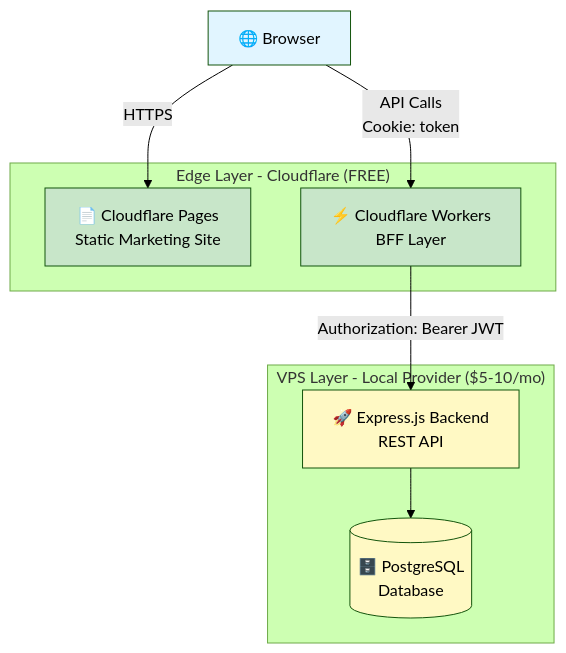
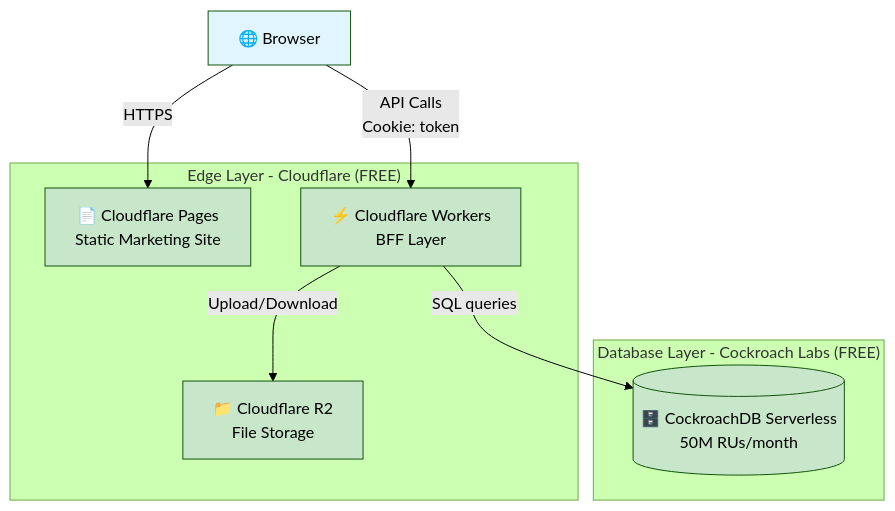
Before and after one commit to idtazkia/website-stmik: the diagram in README.md, drawn with Mermaid (forest theme). The commit also changed other lines of this file and 3 other files, not shown here.

First line of the commit message:
Update architecture to use CockroachDB Serverless

````diff
--- a/README.md
+++ b/README.md
@@ -47,25 +47,25 @@
 ```mermaid
 graph TB
     Browser[🌐 Browser]
 
     subgraph "Edge Layer - Cloudflare (FREE)"
         Pages[📄 Cloudflare Pages<br/>Static Marketing Site]
         Workers[⚡ Cloudflare Workers<br/>BFF Layer]
+        R2[📁 Cloudflare R2<br/>File Storage]
     end
 
-    subgraph "VPS Layer - Local Provider ($5-10/mo)"
-        Backend[🚀 Express.js Backend<br/>REST API]
-        Database[(🗄️ PostgreSQL<br/>Database)]
+    subgraph "Database Layer - Cockroach Labs (FREE)"
+        Database[(🗄️ CockroachDB Serverless<br/>50M RUs/month)]
     end
 
     Browser -->|HTTPS| Pages
     Browser -->|API Calls<br/>Cookie: token| Workers
-    Workers -->|Authorization: Bearer JWT| Backend
-    Backend --> Database
+    Workers -->|SQL queries| Database
+    Workers -->|Upload/Download| R2
 
     style Browser fill:#e1f5ff
     style Pages fill:#c8e6c9
     style Workers fill:#c8e6c9
-    style Backend fill:#fff9c4
-    style Database fill:#fff9c4
+    style R2 fill:#c8e6c9
+    style Database fill:#c8e6c9
 ```
````
